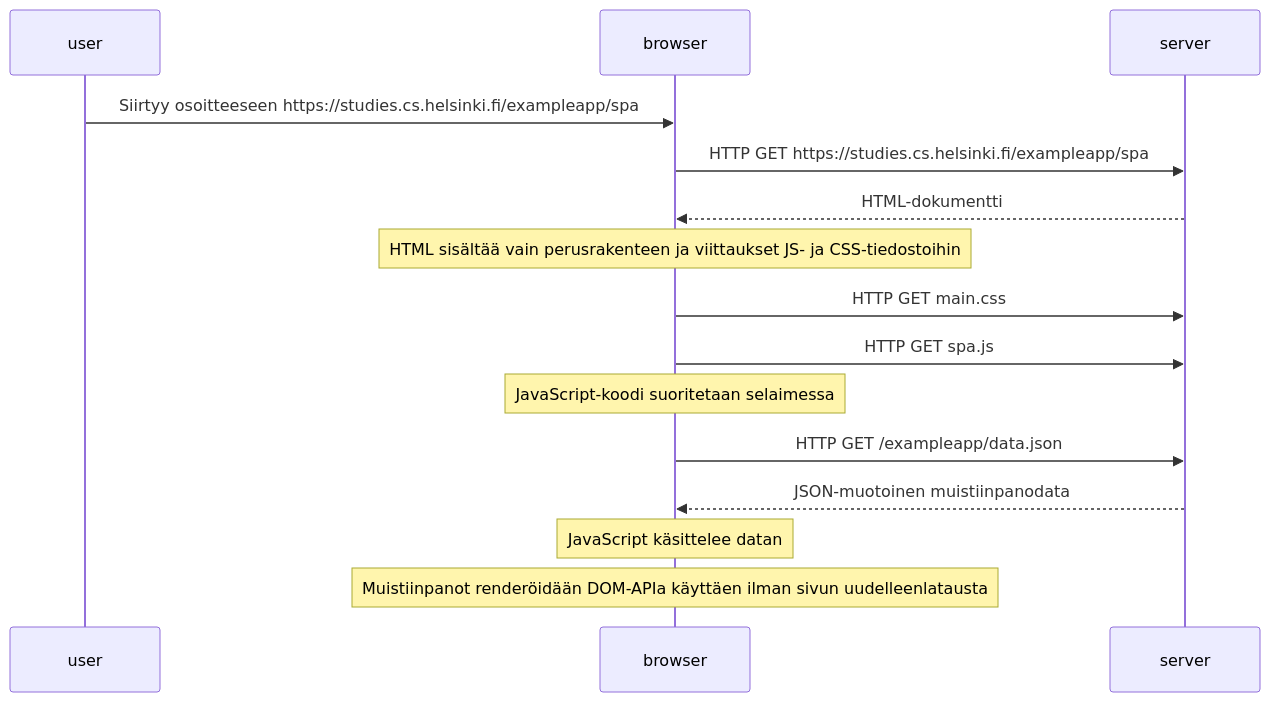
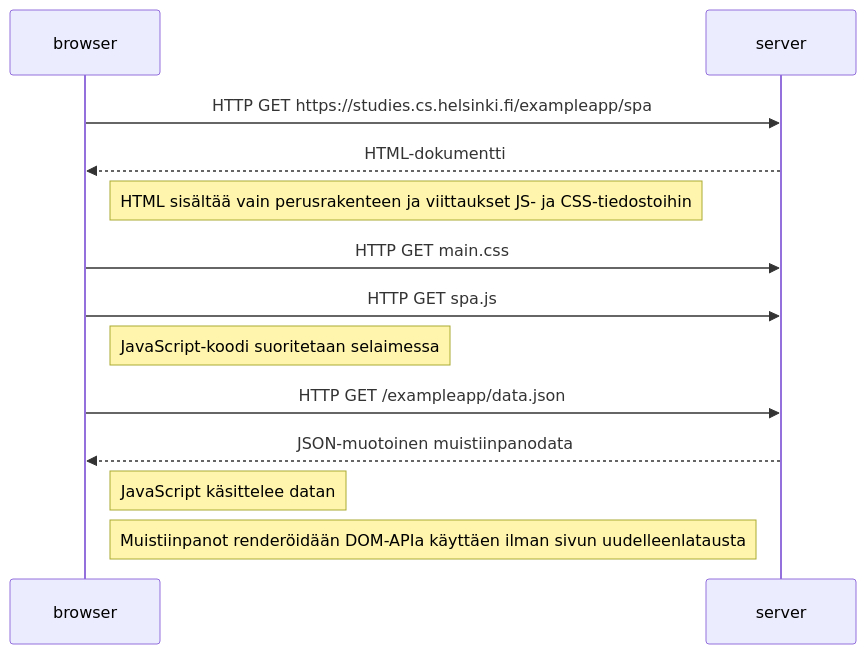
The diagram in osa0/SinglePageApp05.md (tarujohana/Fullstack-palautus), drawn with Mermaid before and after one commit. The commit also changed 2 other files, not shown here.

Commit message:
siistitty mermaid kaavio

````diff
--- a/osa0/SinglePageApp05.md
+++ b/osa0/SinglePageApp05.md
@@ -1,24 +1,21 @@
 ```mermaid
 sequenceDiagram
-    participant user
     participant browser 
     participant server 
-
-    user->>browser: Siirtyy osoitteeseen https://studies.cs.helsinki.fi/exampleapp/spa
 
     browser->>server: HTTP GET https://studies.cs.helsinki.fi/exampleapp/spa
     server-->>browser: HTML-dokumentti
 
-    Note over browser: HTML sisältää vain perusrakenteen ja viittaukset JS- ja CSS-tiedostoihin
+    Note right of browser: HTML sisältää vain perusrakenteen ja viittaukset JS- ja CSS-tiedostoihin
 
     browser->>server: HTTP GET main.css
     browser->>server: HTTP GET spa.js
 
-    Note over browser: JavaScript-koodi suoritetaan selaimessa
+    Note right of browser: JavaScript-koodi suoritetaan selaimessa
 
     browser->>server: HTTP GET /exampleapp/data.json
     server-->>browser: JSON-muotoinen muistiinpanodata
 
-    Note over browser: JavaScript käsittelee datan
-    Note over browser: Muistiinpanot renderöidään DOM-APIa käyttäen ilman sivun uudelleenlatausta
+    Note right of browser: JavaScript käsittelee datan
+    Note right of browser: Muistiinpanot renderöidään DOM-APIa käyttäen ilman sivun uudelleenlatausta
 ```
````
